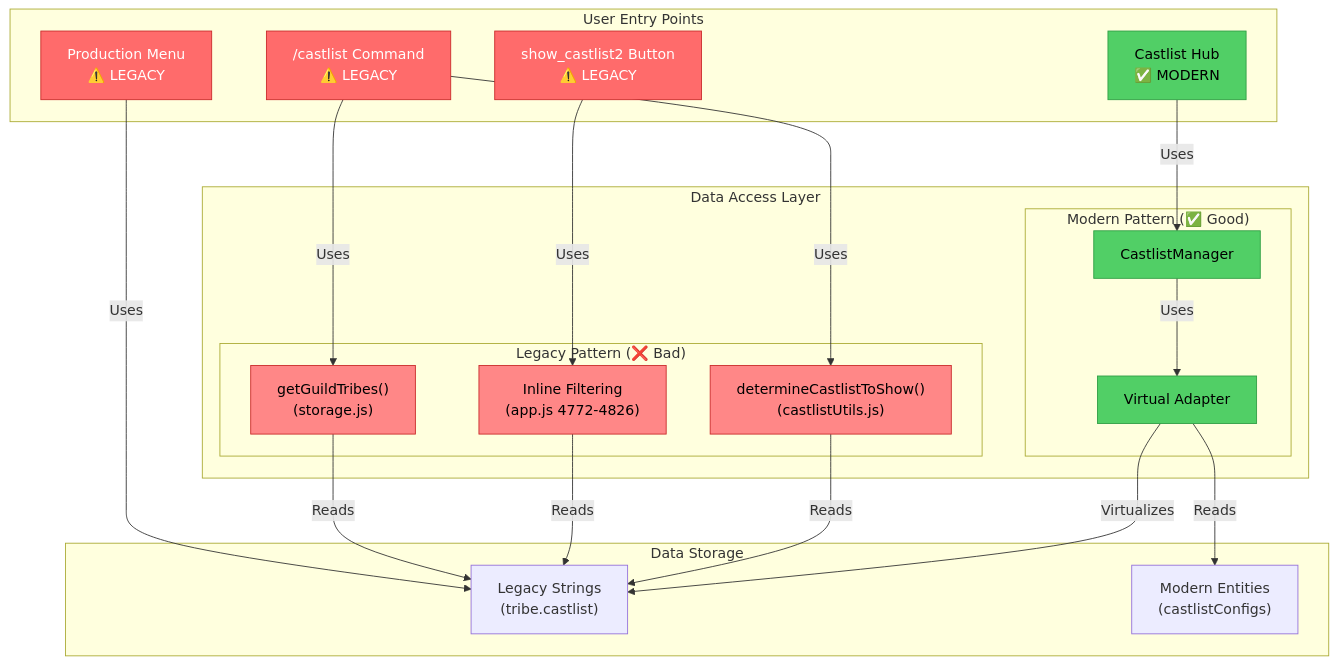
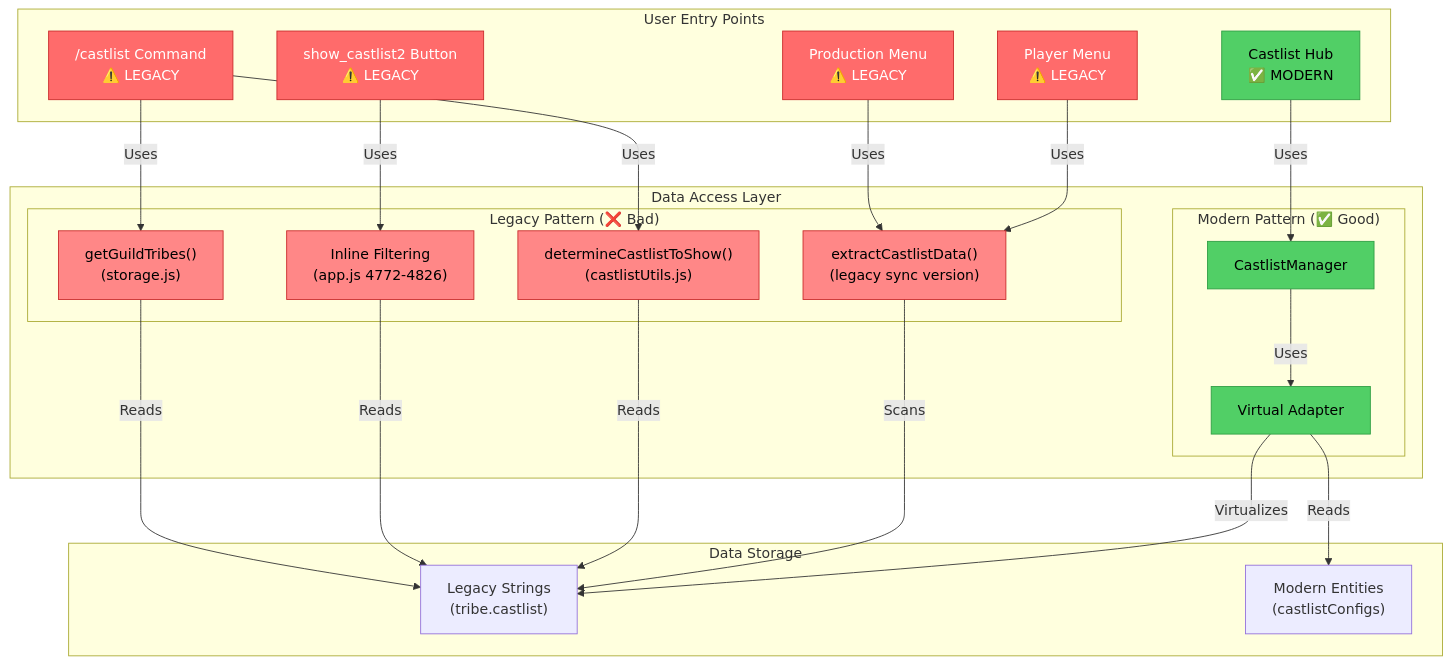
One commit to extremedonkey/castbot changed the first of 4 diagrams in 0982_20251104_CastlistV3_MigrationPath_Analysis.md. Above: the diagram before and after it, drawn with Mermaid. The commit also changed other lines of this file and 6 other files, not shown here.

Commit message:
Add debug logging to trace Player Menu castlist button regression

````diff
--- a/0982_20251104_CastlistV3_MigrationPath_Analysis.md
+++ b/0982_20251104_CastlistV3_MigrationPath_Analysis.md
@@ -40,52 +53,58 @@
 ```mermaid
 graph TB
     subgraph "User Entry Points"
         CMD["/castlist Command<br/>⚠️ LEGACY"]
         BTN["show_castlist2 Button<br/>⚠️ LEGACY"]
         HUB["Castlist Hub<br/>✅ MODERN"]
-        MENU["Production Menu<br/>⚠️ LEGACY"]
+        PRODMENU["Production Menu<br/>⚠️ LEGACY"]
+        PLAYERMENU["Player Menu<br/>⚠️ LEGACY"]
     end
 
     subgraph "Data Access Layer"
         subgraph "Modern Pattern (✅ Good)"
             MANAGER["CastlistManager"]
             ADAPTER["Virtual Adapter"]
         end
 
         subgraph "Legacy Pattern (❌ Bad)"
             GGT["getGuildTribes()<br/>(storage.js)"]
             INLINE["Inline Filtering<br/>(app.js 4772-4826)"]
             DCT["determineCastlistToShow()<br/>(castlistUtils.js)"]
+            OLDEXTRACT["extractCastlistData()<br/>(legacy sync version)"]
         end
     end
 
     subgraph "Data Storage"
         LEGACY["Legacy Strings<br/>(tribe.castlist)"]
         MODERN["Modern Entities<br/>(castlistConfigs)"]
     end
 
     CMD -->|"Uses"| GGT
     CMD -->|"Uses"| DCT
     BTN -->|"Uses"| INLINE
-    MENU -->|"Uses"| LEGACY
+    PRODMENU -->|"Uses"| OLDEXTRACT
+    PLAYERMENU -->|"Uses"| OLDEXTRACT
 
     HUB -->|"Uses"| MANAGER
     MANAGER -->|"Uses"| ADAPTER
 
     GGT -->|"Reads"| LEGACY
     INLINE -->|"Reads"| LEGACY
     DCT -->|"Reads"| LEGACY
+    OLDEXTRACT -->|"Scans"| LEGACY
 
     ADAPTER -->|"Virtualizes"| LEGACY
     ADAPTER -->|"Reads"| MODERN
 
     style CMD fill:#ff6b6b,stroke:#c92a2a,color:#fff
     style BTN fill:#ff6b6b,stroke:#c92a2a,color:#fff
-    style MENU fill:#ff6b6b,stroke:#c92a2a,color:#fff
+    style PRODMENU fill:#ff6b6b,stroke:#c92a2a,color:#fff
+    style PLAYERMENU fill:#ff6b6b,stroke:#c92a2a,color:#fff
     style HUB fill:#51cf66,stroke:#2f9e44,color:#000
     style ADAPTER fill:#51cf66,stroke:#2f9e44,color:#000
     style MANAGER fill:#51cf66,stroke:#2f9e44,color:#000
     style GGT fill:#ff8787,stroke:#c92a2a,color:#000
     style INLINE fill:#ff8787,stroke:#c92a2a,color:#000
     style DCT fill:#ff8787,stroke:#c92a2a,color:#000
+    style OLDEXTRACT fill:#ff8787,stroke:#c92a2a,color:#000
 ```
````
